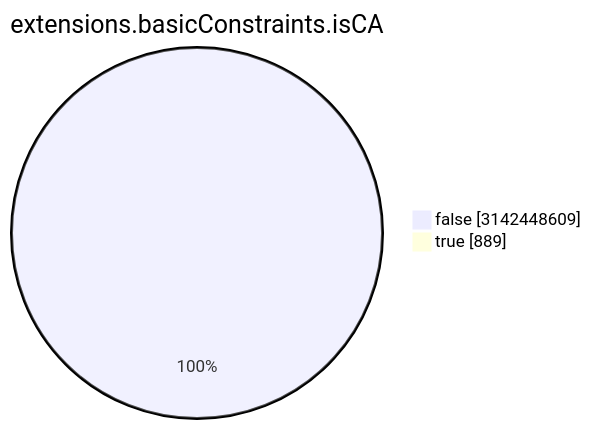
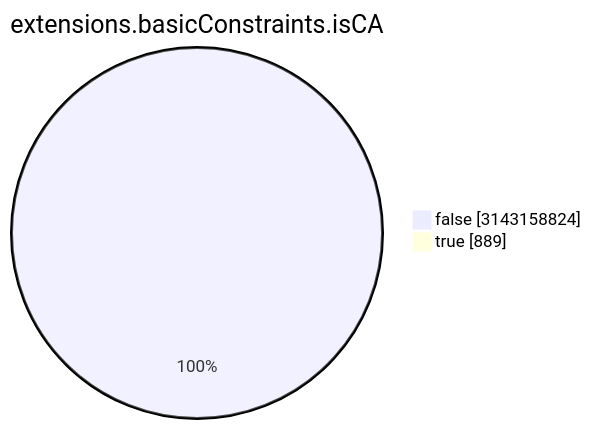
Before and after one commit to christiankrug/ctmonitor_visualization: the seventh of 15 diagrams in TOTAL/README.md, drawn with Mermaid. The commit also changed other lines of this file, not shown here.

````diff
--- a/TOTAL/README.md
+++ b/TOTAL/README.md
@@ -3088,6 +3088,6 @@
 ```mermaid
 pie showData
 title extensions.basicConstraints.isCA
-"false" :3142448609
+"false" :3143158824
 "true" :889
 ```
````
